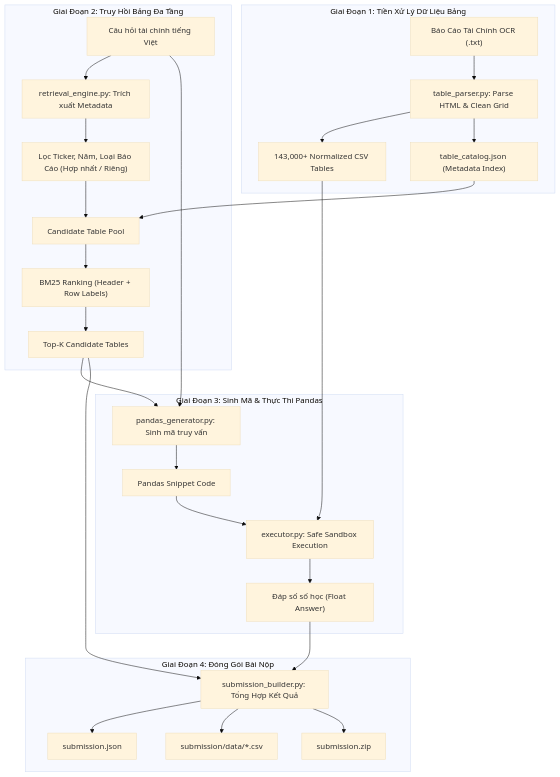
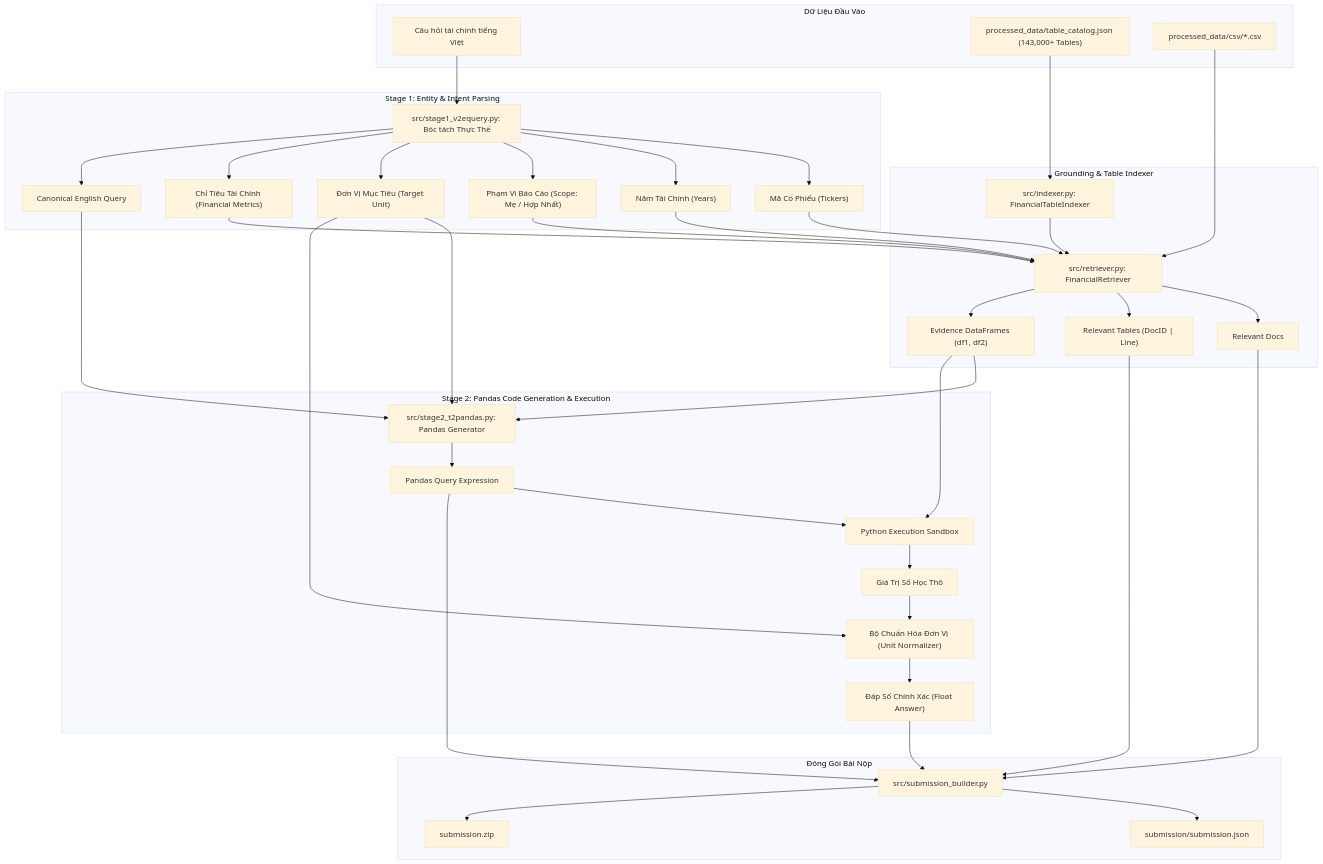
Before and after one commit to BaoPhucxD14022006/Text-to-pandas-system: the diagram in README.md, drawn with Mermaid (base theme). The commit also changed other lines of this file and 15 other files, not shown here.

````diff
--- a/README.md
+++ b/README.md
@@ -38,34 +39,53 @@
 ```mermaid
 flowchart TD
-    subgraph DataPrep ["Giai Đoạn 1: Tiền Xử Lý Dữ Liệu Bảng"]
-        A["Báo Cáo Tài Chính OCR (.txt)"] --> B["table_parser.py: Parse HTML & Clean Grid"]
-        B --> C["143,000+ Normalized CSV Tables"]
-        B --> D["table_catalog.json (Metadata Index)"]
+    subgraph InputStage ["Dữ Liệu Đầu Vào"]
+        Q["Câu hỏi tài chính tiếng Việt"]
+        CAT["processed_data/table_catalog.json (143,000+ Tables)"]
+        CSV["processed_data/csv/*.csv"]
     end
 
-    subgraph Retrieval ["Giai Đoạn 2: Truy Hồi Bảng Đa Tầng"]
-        Q["Câu hỏi tài chính tiếng Việt"] --> E["retrieval_engine.py: Trích xuất Metadata"]
-        E --> F["Lọc Ticker, Năm, Loại Báo Cáo (Hợp nhất / Riêng)"]
-        D --> G["Candidate Table Pool"]
-        F --> G
-        G --> H["BM25 Ranking (Header + Row Labels)"]
-        H --> I["Top-K Candidate Tables"]
+    subgraph Stage1 ["Stage 1: Entity & Intent Parsing"]
+        Q --> S1["src/stage1_v2equery.py: Bóc tách Thực Thể"]
+        S1 --> E1["Mã Cổ Phiếu (Tickers)"]
+        S1 --> E2["Năm Tài Chính (Years)"]
+        S1 --> E3["Phạm Vi Báo Cáo (Scope: Mẹ / Hợp Nhất)"]
+        S1 --> E4["Đơn Vị Mục Tiêu (Target Unit)"]
+        S1 --> E5["Chỉ Tiêu Tài Chính (Financial Metrics)"]
+        S1 --> CQ["Canonical English Query"]
     end
 
-    subgraph GenerationExecution ["Giai Đoạn 3: Sinh Mã & Thực Thi Pandas"]
-        I --> J["pandas_generator.py: Sinh mã truy vấn"]
-        Q --> J
-        J --> K["Pandas Snippet Code"]
-        K --> L["executor.py: Safe Sandbox Execution"]
-        C --> L
-        L --> M["Đáp số số học (Float Answer)"]
+    subgraph Retrieval ["Grounding & Table Indexer"]
+        CAT --> IDX["src/indexer.py: FinancialTableIndexer"]
+        IDX --> RET["src/retriever.py: FinancialRetriever"]
+        E1 --> RET
+        E2 --> RET
+        E3 --> RET
+        E5 --> RET
+        CSV --> RET
+        RET --> RD["Relevant Docs"]
+        RET --> RT["Relevant Tables (DocID | Line)"]
+        RET --> DFS["Evidence DataFrames (df1, df2)"]
     end
 
-    subgraph Submission ["Giai Đoạn 4: Đóng Gói Bài Nộp"]
-        M --> N["submission_builder.py: Tổng Hợp Kết Quả"]
-        I --> N
-        N --> O["submission.json"]
-        N --> P["submission/data/*.csv"]
-        N --> Q1["submission.zip"]
+    subgraph Stage2 ["Stage 2: Pandas Code Generation & Execution"]
+        CQ --> S2["src/stage2_t2pandas.py: Pandas Generator"]
+        DFS --> S2
+        E4 --> S2
+        S2 --> CODE["Pandas Query Expression"]
+        CODE --> EXEC["Python Execution Sandbox"]
+        DFS --> EXEC
+        EXEC --> RAW["Giá Trị Số Học Thô"]
+        RAW --> NORM["Bộ Chuẩn Hóa Đơn Vị (Unit Normalizer)"]
+        E4 --> NORM
+        NORM --> ANS["Đáp Số Chính Xác (Float Answer)"]
+    end
+
+    subgraph OutputStage ["Đóng Gói Bài Nộp"]
+        ANS --> BLD["src/submission_builder.py"]
+        RD --> BLD
+        RT --> BLD
+        CODE --> BLD
+        BLD --> S_JSON["submission/submission.json"]
+        BLD --> S_ZIP["submission.zip"]
     end
 ```
````
